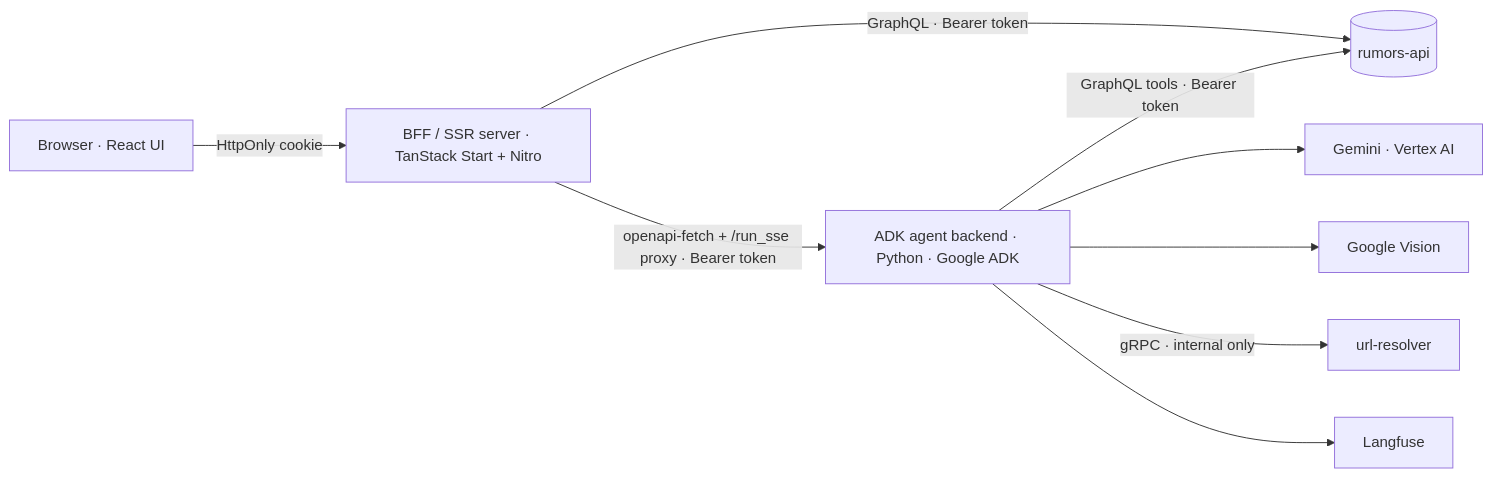
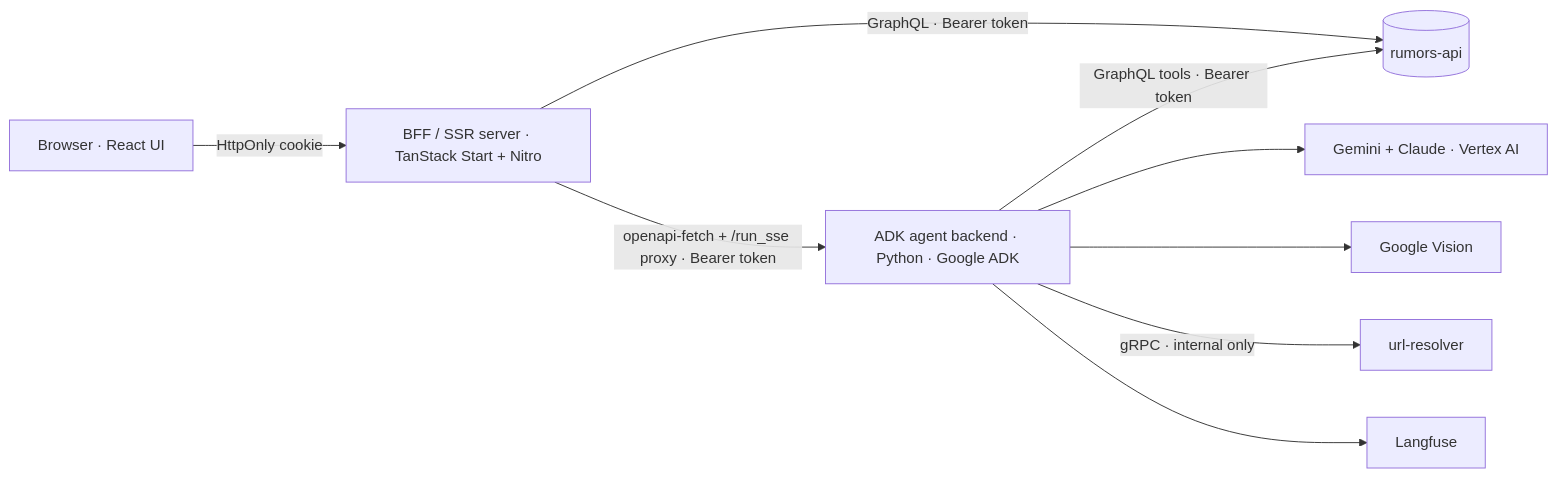
One commit to cofacts/ai changed the diagram in docs/index.md. Above: the diagram before and after it, drawn with Mermaid. The commit also changed other lines of this file and 8 other files, not shown here.

First line of the commit message:
feat(adk): run ai_writer on Claude Haiku 5.5, drop writer image perception

````diff
--- a/docs/index.md
+++ b/docs/index.md
@@ -15,11 +15,11 @@
 ```mermaid
 flowchart LR
     B[Browser · React UI] -->|HttpOnly cookie| BFF[BFF / SSR server · TanStack Start + Nitro]
     BFF -->|openapi-fetch + /run_sse proxy · Bearer token| ADK[ADK agent backend · Python · Google ADK]
     BFF -->|GraphQL · Bearer token| API[(rumors-api)]
     ADK -->|GraphQL tools · Bearer token| API
-    ADK --> GEM[Gemini · Vertex AI]
+    ADK --> GEM[Gemini + Claude · Vertex AI]
     ADK --> VIS[Google Vision]
     ADK -->|gRPC · internal only| UR[url-resolver]
     ADK --> LF[Langfuse]
 ```
````
